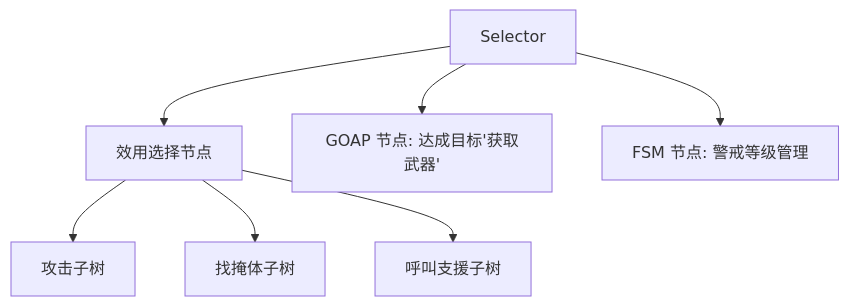
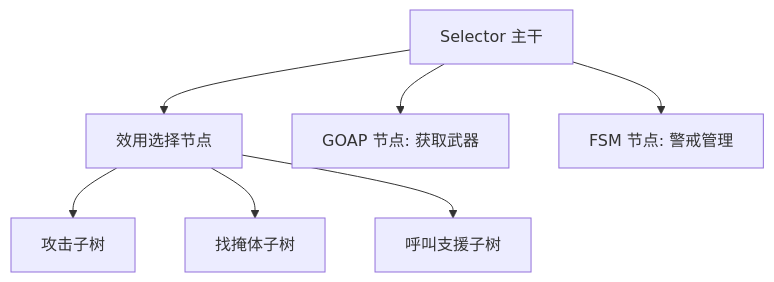
One commit to fantuan812/learning changed the third of 4 diagrams in 知识/06-游戏AI/感知决策与行为规划/04-Utility与GOAP.md. Above: the diagram before and after it, drawn with Mermaid. The commit also changed other lines of this file and 1 other file, not shown here.

````diff
--- a/知识/06-游戏AI/感知决策与行为规划/04-Utility与GOAP.md
+++ b/知识/06-游戏AI/感知决策与行为规划/04-Utility与GOAP.md
@@ -433,9 +340,9 @@
 ```mermaid
 flowchart TD
-    Root[Selector] --> U[效用选择节点]
+    Root[Selector 主干] --> U[效用选择节点]
     U --> A1[攻击子树]
     U --> A2[找掩体子树]
     U --> A3[呼叫支援子树]
-    Root --> G[GOAP 节点: 达成目标'获取武器']
-    Root --> F[FSM 节点: 警戒等级管理]
+    Root --> G[GOAP 节点: 获取武器]
+    Root --> F[FSM 节点: 警戒管理]
 ```
````
